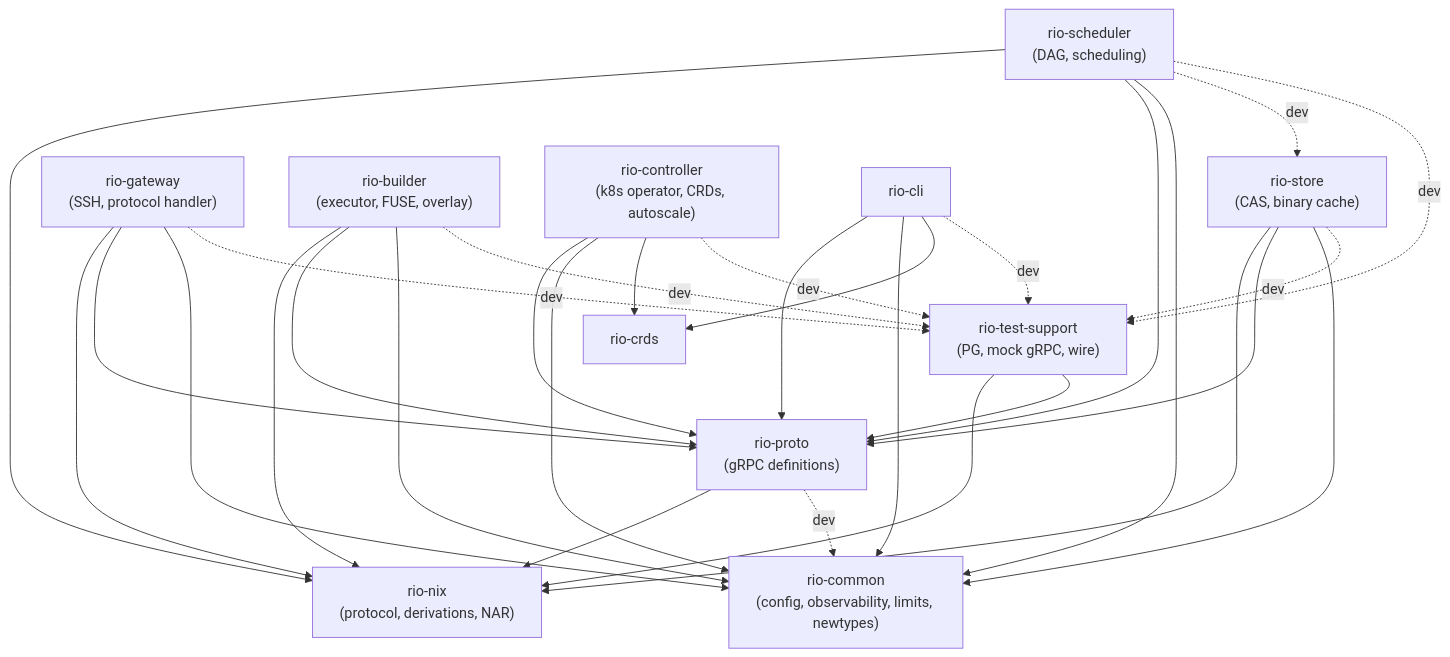
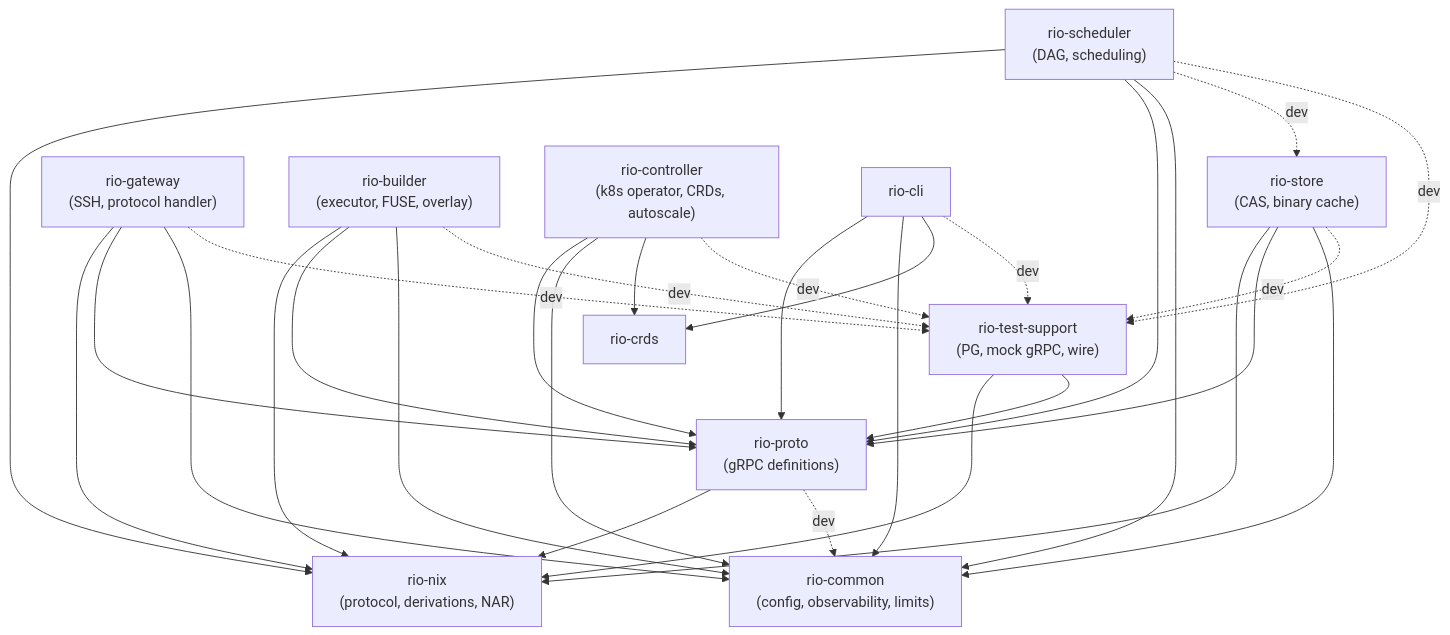
The diagram in docs/src/crate-structure.md (Mic92/rio-build), drawn with Mermaid before and after one commit. The commit also changed other lines of this file and 4 other files, not shown here.

First line of the commit message:
refactor(rio-scheduler): inline arc_string_newtype; drop dead string_newtype from rio-common

````diff
--- a/docs/src/crate-structure.md
+++ b/docs/src/crate-structure.md
@@ -33,49 +33,49 @@
 ```mermaid
 graph TD
-    rio-common["rio-common<br/>(config, observability, limits, newtypes)"]
+    rio-common["rio-common<br/>(config, observability, limits)"]
     rio-nix["rio-nix<br/>(protocol, derivations, NAR)"]
     rio-proto["rio-proto<br/>(gRPC definitions)"]
     rio-test-support["rio-test-support<br/>(PG, mock gRPC, wire)"]
     rio-store["rio-store<br/>(CAS, binary cache)"]
     rio-scheduler["rio-scheduler<br/>(DAG, scheduling)"]
     rio-gateway["rio-gateway<br/>(SSH, protocol handler)"]
     rio-builder["rio-builder<br/>(executor, FUSE, overlay)"]
     rio-controller["rio-controller<br/>(k8s operator, CRDs, autoscale)"]
 
     rio-proto --> rio-nix
     rio-proto -.->|dev| rio-common
 
     rio-test-support --> rio-nix
     rio-test-support --> rio-proto
 
     rio-gateway --> rio-nix
     rio-gateway --> rio-proto
     rio-gateway --> rio-common
     rio-gateway -.->|dev| rio-test-support
 
     rio-builder --> rio-nix
     rio-builder --> rio-proto
     rio-builder --> rio-common
     rio-builder -.->|dev| rio-test-support
 
     rio-scheduler --> rio-nix
     rio-scheduler --> rio-proto
     rio-scheduler --> rio-common
     rio-scheduler -.->|dev| rio-store
     rio-scheduler -.->|dev| rio-test-support
 
     rio-store --> rio-nix
     rio-store --> rio-proto
     rio-store --> rio-common
     rio-store -.->|dev| rio-test-support
 
     rio-controller --> rio-proto
     rio-controller --> rio-common
     rio-controller --> rio-crds
     rio-controller -.->|dev| rio-test-support
 
     rio-cli --> rio-proto
     rio-cli --> rio-common
     rio-cli --> rio-crds
     rio-cli -.->|dev| rio-test-support
 ```
````
